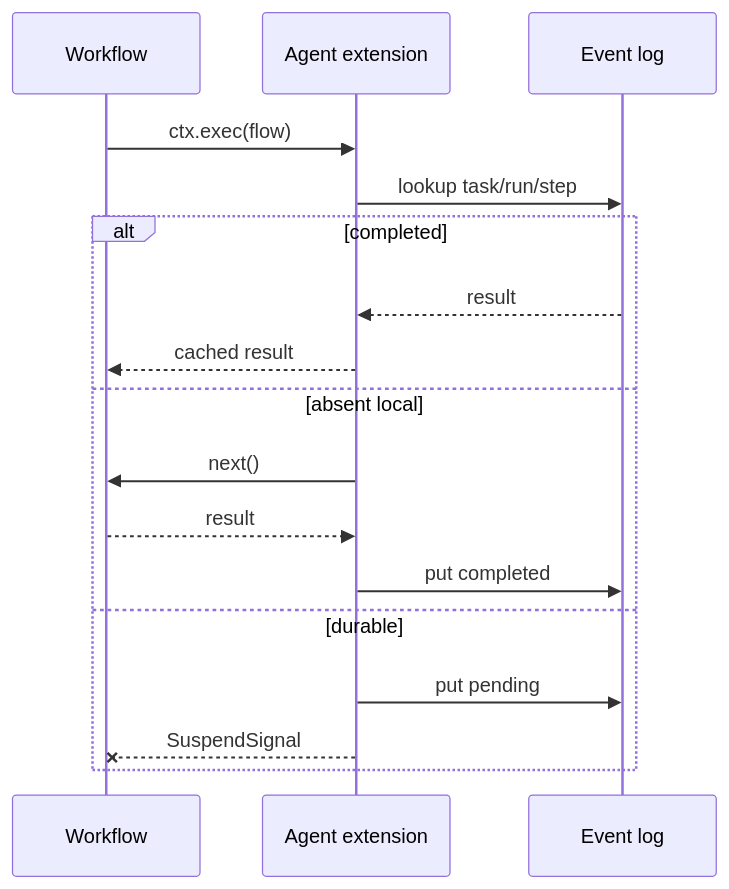
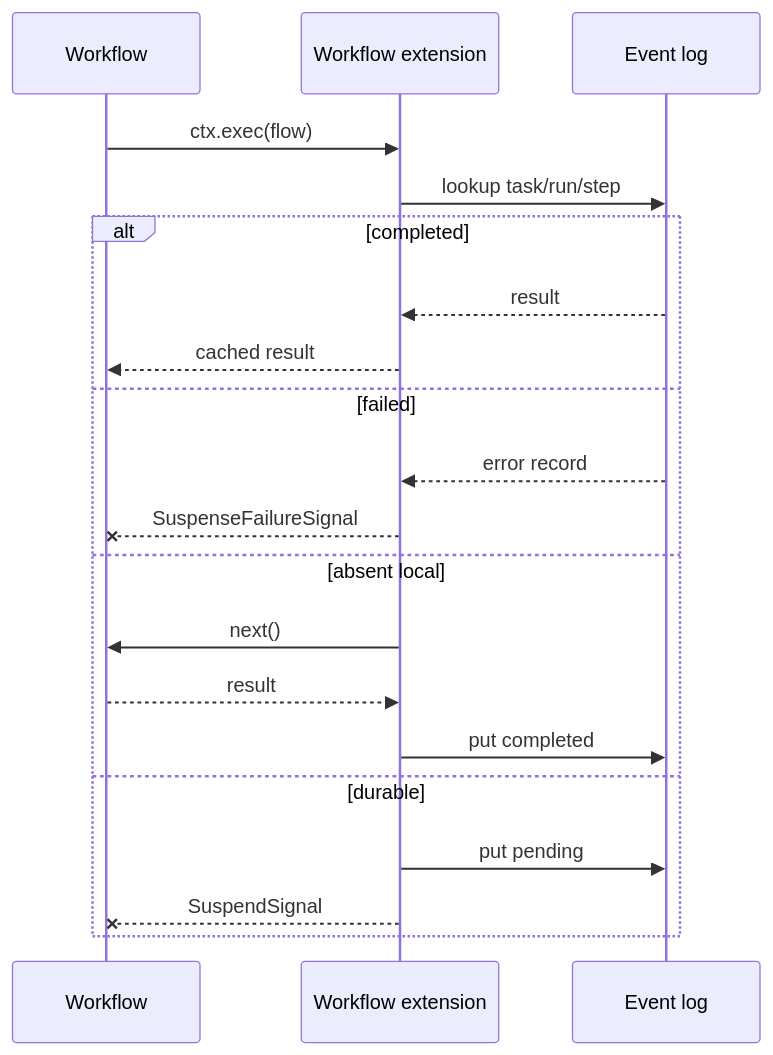
Before and after one commit to pumped-fn/pumped-fn: the diagram in packages/agent-sdk/PATTERNS.md, drawn with Mermaid. The commit also changed other lines of this file and 27 other files, not shown here.

Commit message:
feat(workflow): add composable workflow extension

````diff
--- a/packages/agent-sdk/PATTERNS.md
+++ b/packages/agent-sdk/PATTERNS.md
@@ -239,20 +261,23 @@
 ```mermaid
 sequenceDiagram
   participant W as Workflow
-  participant E as Agent extension
+  participant E as Workflow extension
   participant L as Event log
 
   W->>E: ctx.exec(flow)
   E->>L: lookup task/run/step
   alt completed
     L-->>E: result
     E-->>W: cached result
+  else failed
+    L-->>E: error record
+    E--xW: SuspenseFailureSignal
   else absent local
     E->>W: next()
     W-->>E: result
     E->>L: put completed
   else durable
     E->>L: put pending
     E--xW: SuspendSignal
   end
 ```
````
